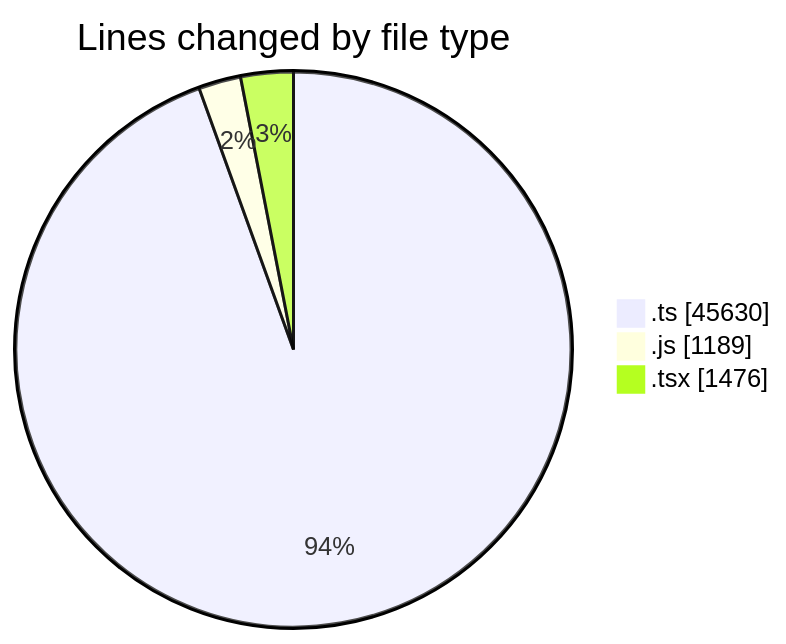
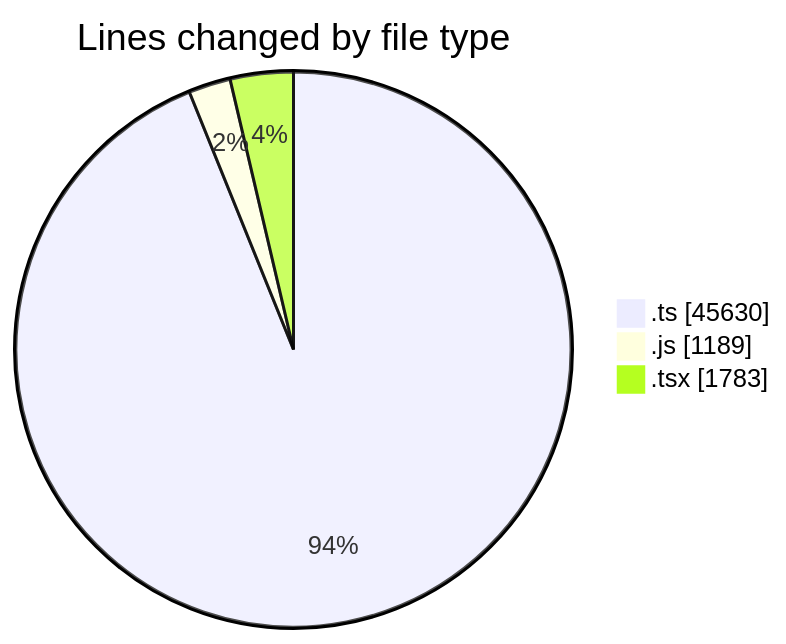
One commit to momahboobian/code-tracking changed the first of 2 diagrams in 2026-11-03/cda/README.md. Above: the diagram before and after it, drawn with Mermaid. The commit also changed other lines of this file and 1 other file, not shown here.

````diff
--- a/2026-11-03/cda/README.md
+++ b/2026-11-03/cda/README.md
@@ -42,7 +44,7 @@
 ```mermaid
 pie showData
 title Lines changed by file type
 ".ts" : 45630
 ".js" : 1189
-".tsx" : 1476
+".tsx" : 1783
 ```
````
